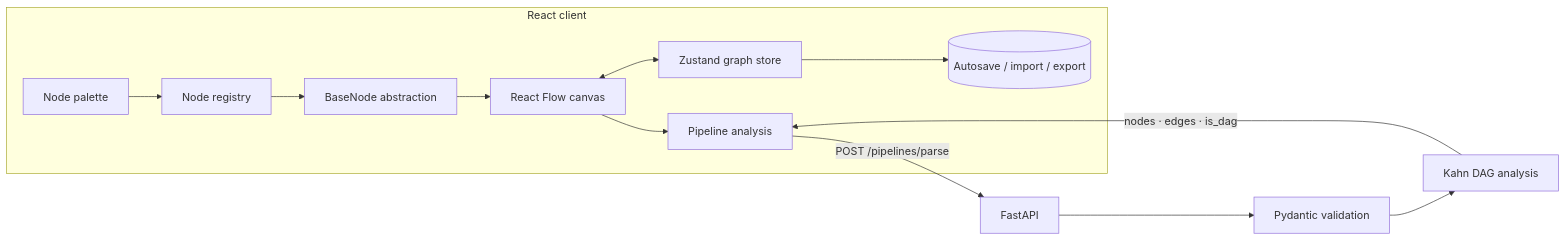
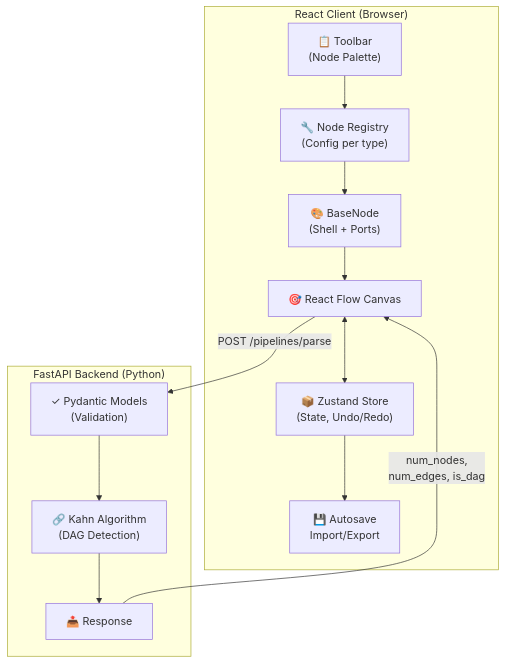
Before and after one commit to VeerajSai/FlowStudio: the diagram in README.md, drawn with Mermaid. The commit also changed other lines of this file and 7 other files, not shown here.

Commit message:
Polish repo for GitHub: rewrite README with Mermaid diagram, remove em dashes

````diff
--- a/README.md
+++ b/README.md
@@ -48,16 +41,27 @@
 ```mermaid
-flowchart LR
-    subgraph Browser[React client]
-        Toolbar[Node palette] --> Registry[Node registry]
-        Registry --> BaseNode[BaseNode abstraction]
-        BaseNode --> Canvas[React Flow canvas]
-        Canvas <--> Store[Zustand graph store]
-        Store --> Local[(Autosave / import / export)]
-        Canvas --> Submit[Pipeline analysis]
+graph TB
+    subgraph client["React Client (Browser)"]
+        toolbar["📋 Toolbar<br/>(Node Palette)"]
+        registry["🔧 Node Registry<br/>(Config per type)"]
+        basenode["🎨 BaseNode<br/>(Shell + Ports)"]
+        canvas["🎯 React Flow Canvas"]
+        store["📦 Zustand Store<br/>(State, Undo/Redo)"]
+        local["💾 Autosave<br/>Import/Export"]
     end
 
-    Submit -->|POST /pipelines/parse| API[FastAPI]
-    API --> Models[Pydantic validation]
-    Models --> DAG[Kahn DAG analysis]
-    DAG -->|nodes · edges · is_dag| Submit
+    subgraph server["FastAPI Backend (Python)"]
+        pydantic["✓ Pydantic Models<br/>(Validation)"]
+        kahn["🔗 Kahn Algorithm<br/>(DAG Detection)"]
+        response["📤 Response"]
+    end
+
+    toolbar --> registry
+    registry --> basenode
+    basenode --> canvas
+    canvas <--> store
+    store --> local
+    canvas --> |POST /pipelines/parse| pydantic
+    pydantic --> kahn
+    kahn --> response
+    response --> |num_nodes,<br/>num_edges, is_dag| canvas
 ```
````
